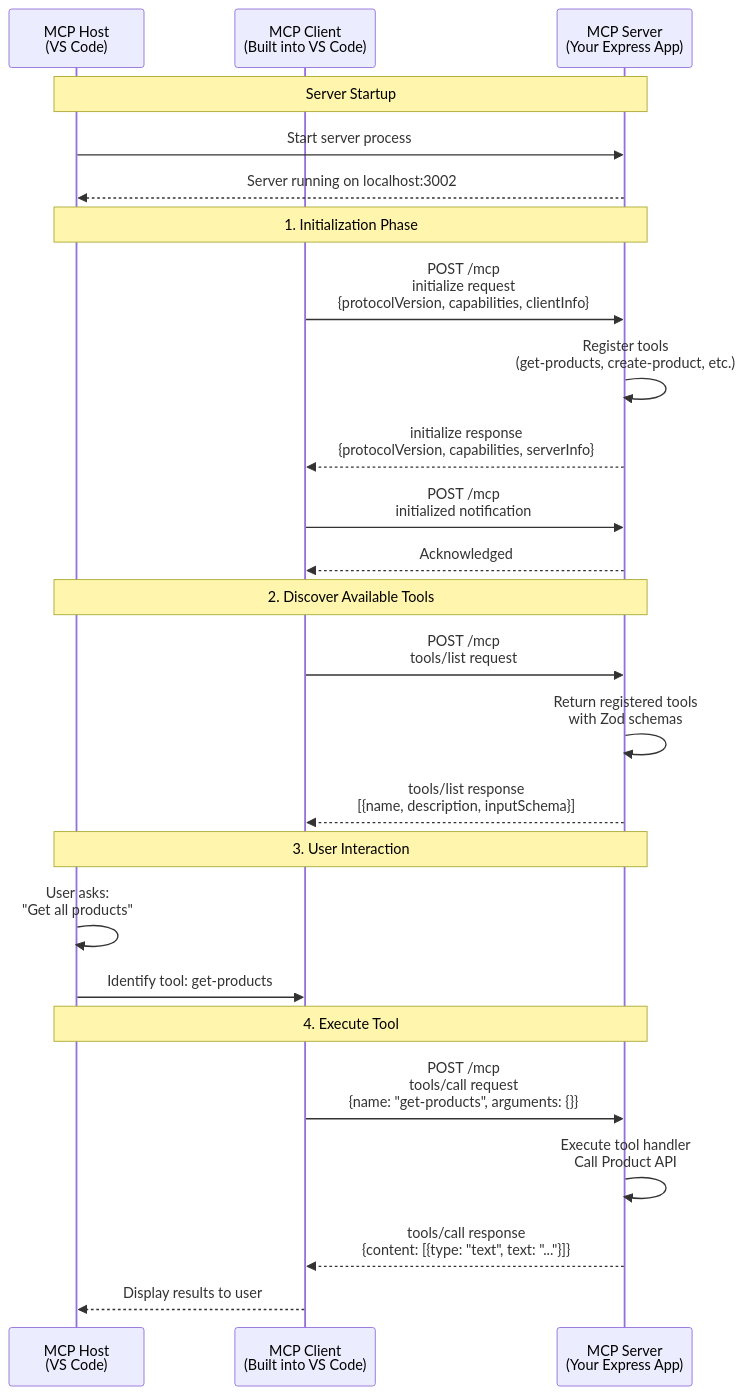
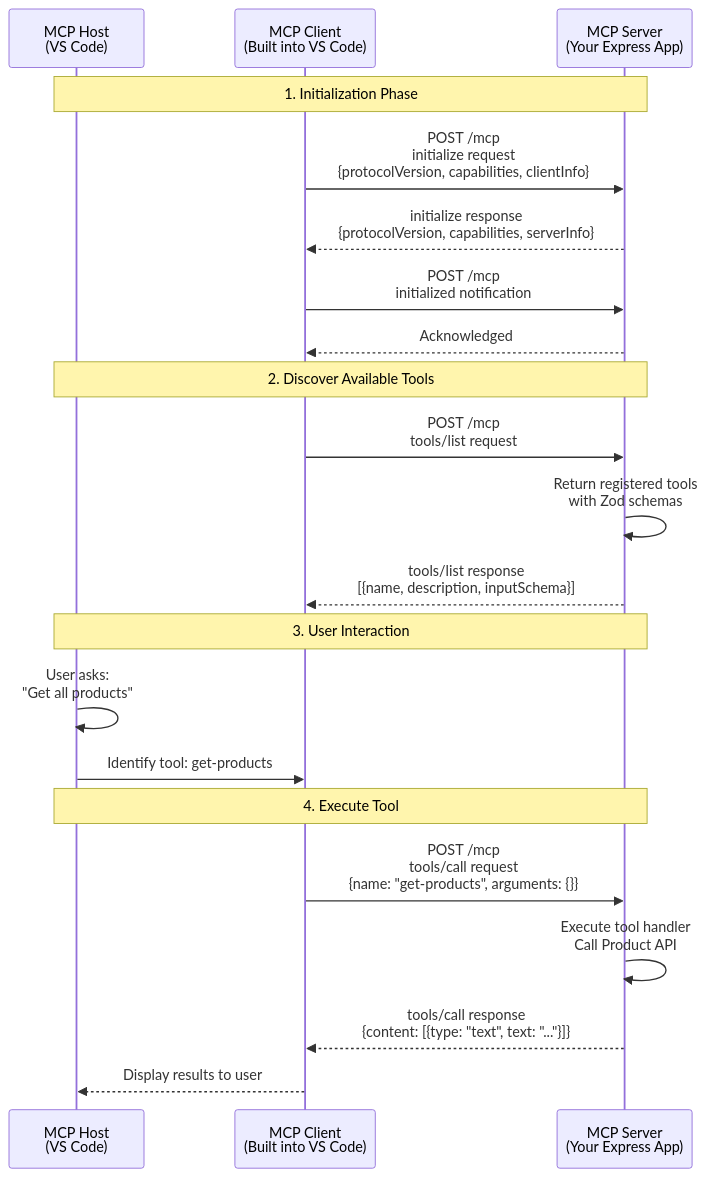
One commit to irinasmt/API-MCP-Keycloack-Demo changed the first of 2 diagrams in MCP-Flow-Diagrams.md. Above: the diagram before and after it, drawn with Mermaid. The commit also changed other lines of this file, not shown here.

Commit message:
small adjustments

````diff
--- a/MCP-Flow-Diagrams.md
+++ b/MCP-Flow-Diagrams.md
@@ -5,34 +5,29 @@
 ```mermaid
 sequenceDiagram
     participant Host as MCP Host<br/>(VS Code)
     participant Client as MCP Client<br/>(Built into VS Code)
     participant Server as MCP Server<br/>(Your Express App)
 
-    Note over Host,Server: Server Startup
-    Host->>Server: Start server process
-    Server-->>Host: Server running on localhost:3002
-
     Note over Host,Server: 1. Initialization Phase
     Client->>Server: POST /mcp<br/>initialize request<br/>{protocolVersion, capabilities, clientInfo}
-    Server->>Server: Register tools<br/>(get-products, create-product, etc.)
     Server-->>Client: initialize response<br/>{protocolVersion, capabilities, serverInfo}
 
     Client->>Server: POST /mcp<br/>initialized notification
     Server-->>Client: Acknowledged
 
     Note over Host,Server: 2. Discover Available Tools
     Client->>Server: POST /mcp<br/>tools/list request
     Server->>Server: Return registered tools<br/>with Zod schemas
     Server-->>Client: tools/list response<br/>[{name, description, inputSchema}]
 
     Note over Host,Server: 3. User Interaction
     Host->>Host: User asks:<br/>"Get all products"
     Host->>Client: Identify tool: get-products
 
     Note over Host,Server: 4. Execute Tool
     Client->>Server: POST /mcp<br/>tools/call request<br/>{name: "get-products", arguments: {}}
     Server->>Server: Execute tool handler<br/>Call Product API
     Server-->>Client: tools/call response<br/>{content: [{type: "text", text: "..."}]}
 
     Client-->>Host: Display results to user
 ```
````
